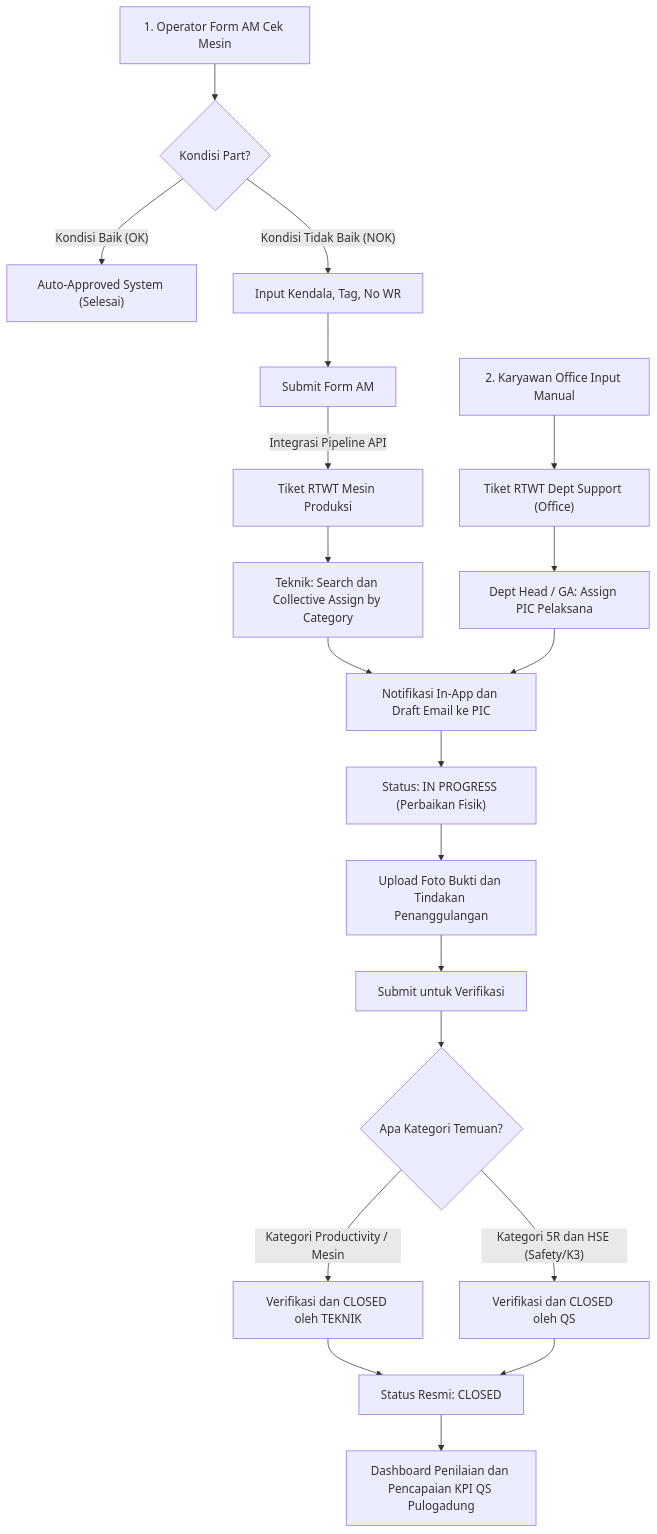
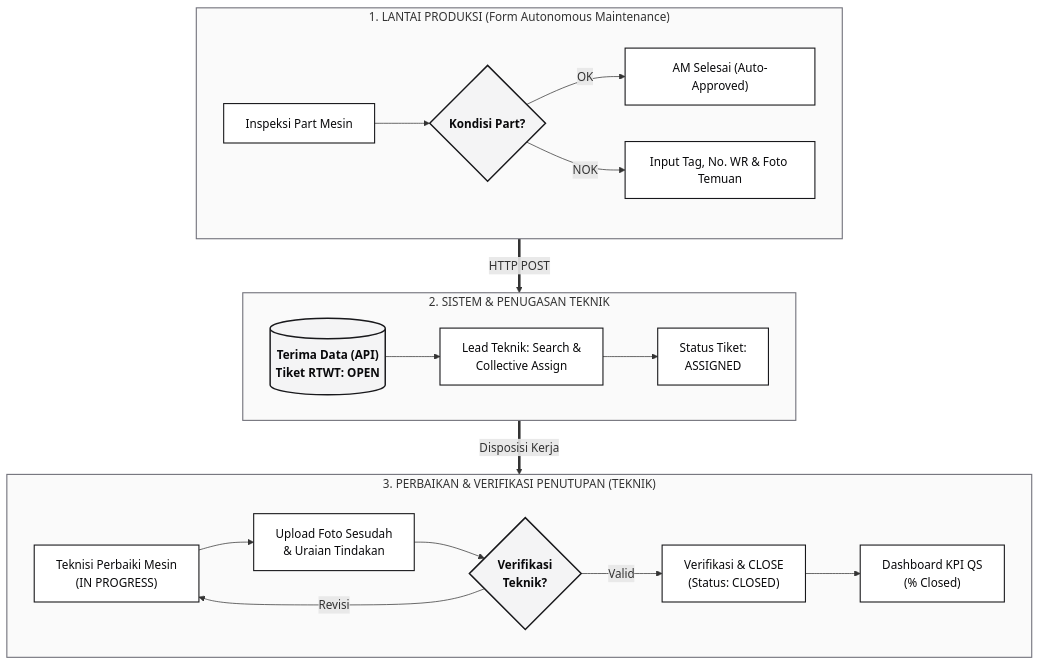
The diagram in DOCS_MD/FLOWCHART_RTWT.md (baihaqidawanis/form-AM-KCH-Intern), drawn with Mermaid before and after one commit. The commit also changed other lines of this file and 31 other files, not shown here.

Commit message:
feat: hardening transaksi form AM, canonical naming Ilapak/JOYEA, auto-shift dinamis, dan index unik postgres

````diff
--- a/DOCS_MD/FLOWCHART_RTWT.md
+++ b/DOCS_MD/FLOWCHART_RTWT.md
@@ -5,29 +5,39 @@
 ```mermaid
-graph TD
-    A["1. Operator Form AM Cek Mesin"] --> B{"Kondisi Part?"}
-    B -->|"Kondisi Baik (OK)"| C["Auto-Approved System (Selesai)"]
-    B -->|"Kondisi Tidak Baik (NOK)"| D["Input Kendala, Tag, No WR"]
-    D --> E["Submit Form AM"]
+flowchart TD
+    %% TINGKAT 1 (ATAS): FORM AM & LANTAI PRODUKSI
+    subgraph S1 ["1. LANTAI PRODUKSI (Form Autonomous Maintenance)"]
+        direction LR
+        A["Inspeksi Part Mesin"] --> B{"Kondisi Part?"}
+        B -->|"OK"| C["AM Selesai (Auto-Approved)"]
+        B -->|"NOK"| D["Input Tag, No. WR & Foto Temuan"]
+    end
 
-    E -->|"Integrasi Pipeline API"| F["Tiket RTWT Mesin Produksi"]
-    G["2. Karyawan Office Input Manual"] --> H["Tiket RTWT Dept Support (Office)"]
+    %% TINGKAT 2 (TENGAH): SISTEM & PENUGASAN TEKNIK
+    subgraph S2 ["2. SISTEM & PENUGASAN TEKNIK"]
+        direction LR
+        E[("Terima Data (API)<br>Tiket RTWT: OPEN")] --> F["Lead Teknik: Search &<br>Collective Assign"] --> G["Status Tiket:<br>ASSIGNED"]
+    end
 
-    F --> I["Teknik: Search dan Collective Assign by Category"]
-    H --> J["Dept Head / GA: Assign PIC Pelaksana"]
+    %% TINGKAT 3 (BAWAH): PERBAIKAN & PENUTUPAN TIKET
+    subgraph S3 ["3. PERBAIKAN & VERIFIKASI PENUTUPAN (TEKNIK)"]
+        direction LR
+        H["Teknisi Perbaiki Mesin<br>(IN PROGRESS)"] --> I["Upload Foto Sesudah<br>& Uraian Tindakan"] --> J{"Verifikasi<br>Teknik?"}
+        J -->|"Revisi"| H
+        J -->|"Valid"| K["Verifikasi & CLOSE<br>(Status: CLOSED)"] --> L["Dashboard KPI QS<br>(% Closed)"]
+    end
 
-    I --> K["Notifikasi In-App dan Draft Email ke PIC"]
-    J --> K
+    %% ALUR PENGHUBUNG ANTAR-TINGKAT (LURUS KE BAWAH)
+    D ==>|"HTTP POST"| E
+    G ==>|"Disposisi Kerja"| H
 
-    K --> L["Status: IN PROGRESS (Perbaikan Fisik)"]
-    L --> M["Upload Foto Bukti dan Tindakan Penanggulangan"]
-    M --> N["Submit untuk Verifikasi"]
+    %% TEMA HITAM PUTIH FORMAL DOKUMEN RESMI
+    style S1 fill:#fafafa,stroke:#71717a,stroke-width:1.5px;
+    style S2 fill:#fafafa,stroke:#71717a,stroke-width:1.5px;
+    style S3 fill:#fafafa,stroke:#71717a,stroke-width:1.5px;
 
-    N --> O{"Apa Kategori Temuan?"}
-    O -->|"Kategori Productivity / Mesin"| P["Verifikasi dan CLOSED oleh TEKNIK"]
-    O -->|"Kategori 5R dan HSE (Safety/K3)"| Q["Verifikasi dan CLOSED oleh QS"]
+    classDef bw fill:#ffffff,stroke:#18181b,stroke-width:1.5px,color:#09090b;
+    classDef bwBold fill:#f4f4f5,stroke:#18181b,stroke-width:2px,color:#09090b,font-weight:bold;
 
-    P --> R["Status Resmi: CLOSED"]
-    Q --> R
-
-    R --> S["Dashboard Penilaian dan Pencapaian KPI QS Pulogadung"]
+    class A,C,D,F,G,H,I,K,L bw;
+    class B,E,J bwBold;
 ```
````
